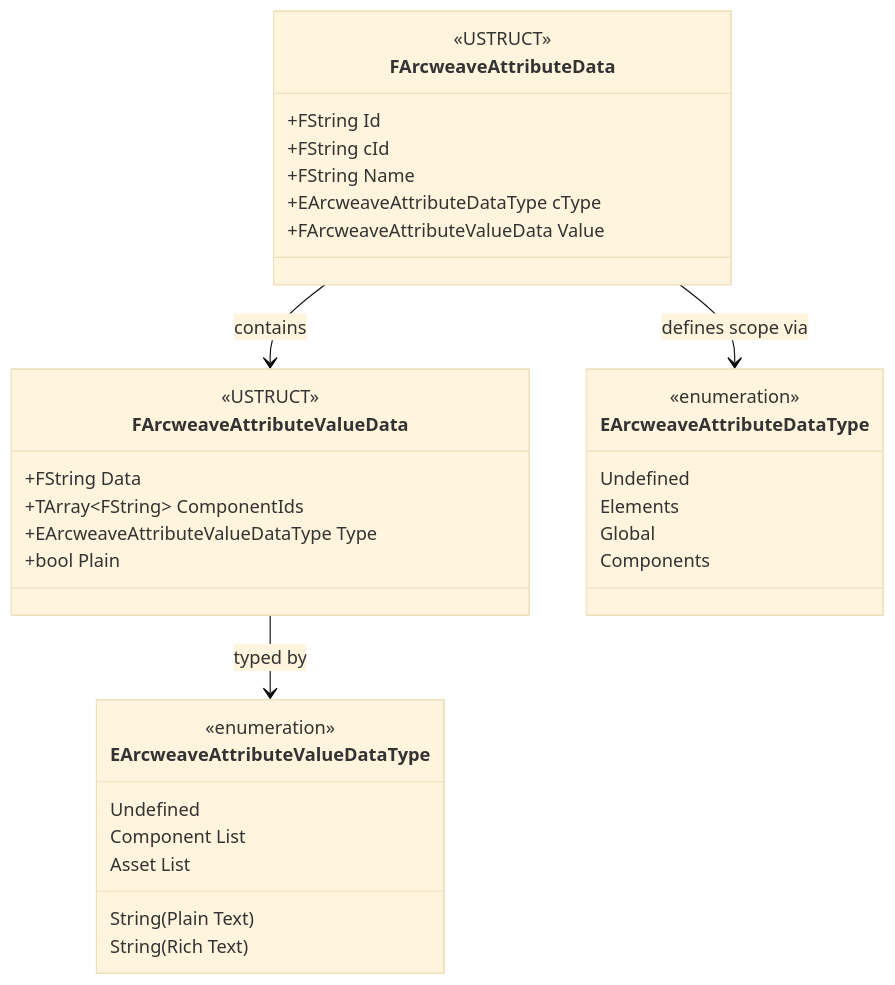
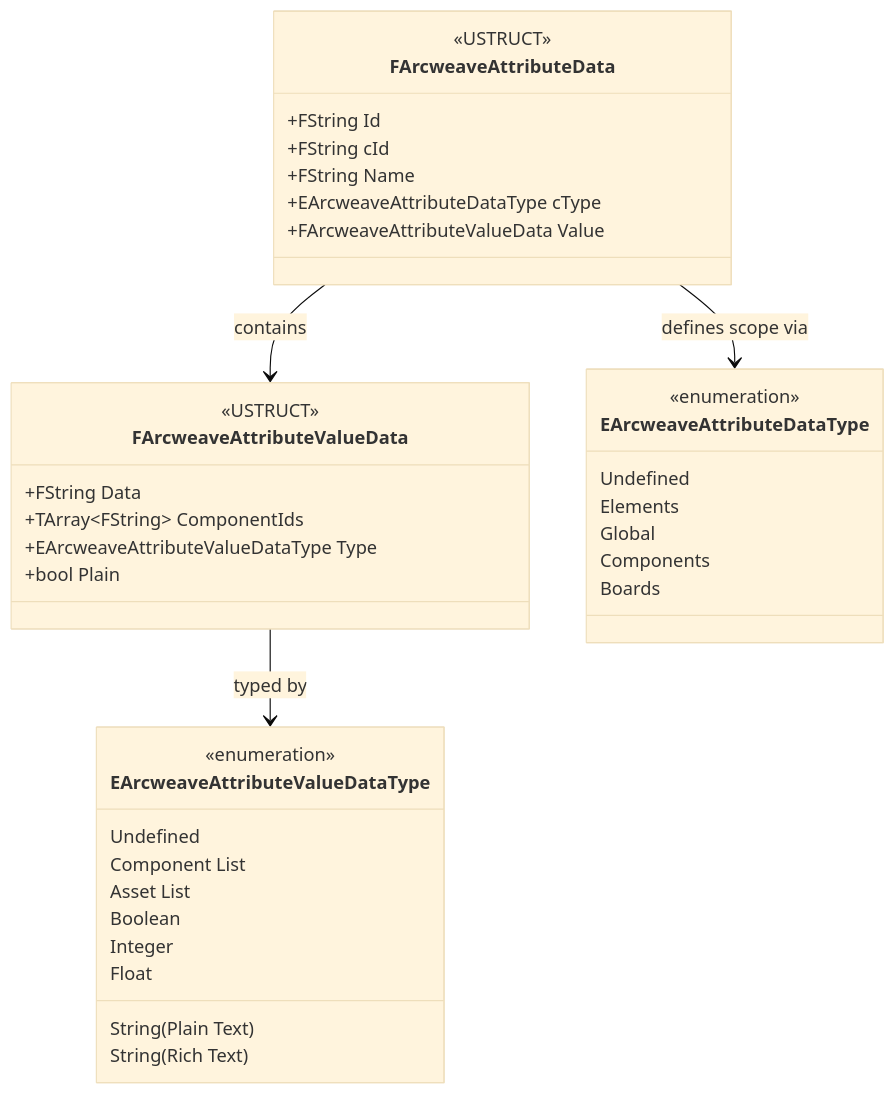
One commit to arcweave/arcweave-unreal-plugin changed the seventh of 7 diagrams in README.md. Above: the diagram before and after it, drawn with Mermaid (base theme). The commit also changed other lines of this file, not shown here.

````diff
--- a/README.md
+++ b/README.md
@@ -332,42 +316,46 @@
 ```mermaid
 classDiagram
 direction TB
     class FArcweaveAttributeData {
         +FString Id
         +FString cId
         +FString Name
         +EArcweaveAttributeDataType cType
         +FArcweaveAttributeValueData Value
     }
 
     class FArcweaveAttributeValueData {
         +FString Data
         +TArray~FString~ ComponentIds
         +EArcweaveAttributeValueDataType Type
         +bool Plain
     }
 
     class EArcweaveAttributeDataType {
         <<enumeration>>
         Undefined
         Elements
         Global
         Components
+        Boards
     }
 
     class EArcweaveAttributeValueDataType {
         <<enumeration>>
         Undefined
         String (Plain Text)
         String (Rich Text)
         Component List
         Asset List
+        Boolean
+        Integer
+        Float
     }
 
     <<USTRUCT>> FArcweaveAttributeData
     <<USTRUCT>> FArcweaveAttributeValueData
 
     FArcweaveAttributeData --> FArcweaveAttributeValueData : contains
     FArcweaveAttributeData --> EArcweaveAttributeDataType : defines scope via
     FArcweaveAttributeValueData --> EArcweaveAttributeValueDataType : typed by
 ```
````
